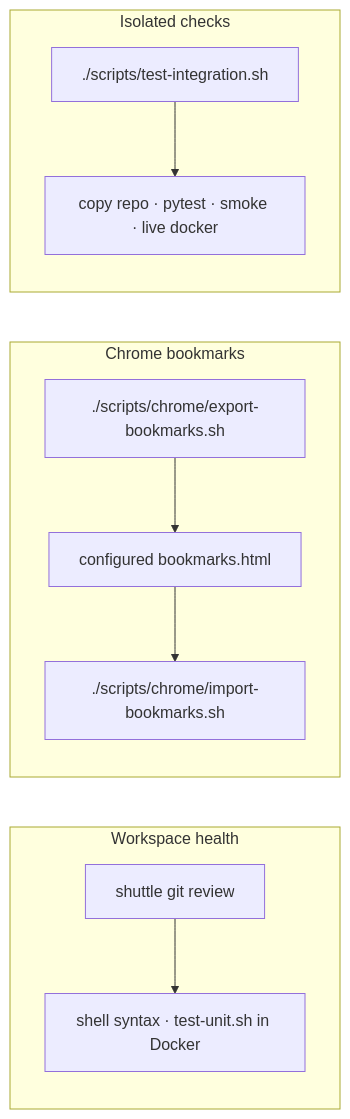
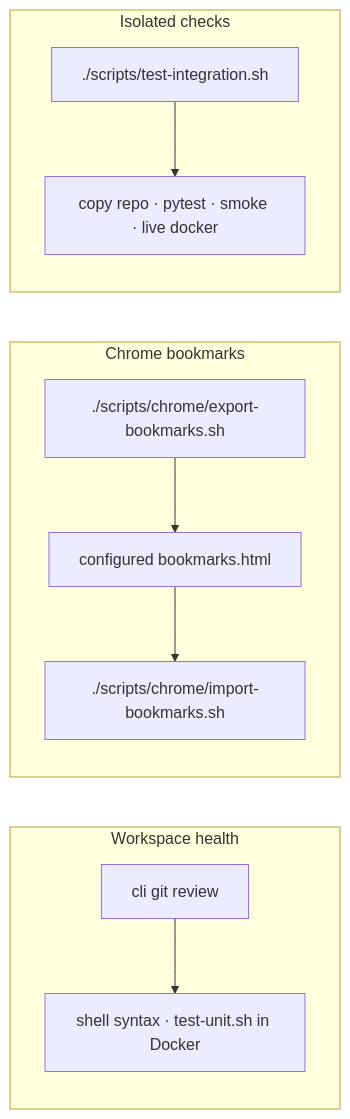
The sixth of 7 diagrams in docs/workflows.md (gardusig/cli), drawn with Mermaid before and after one commit. The commit also changed other lines of this file and 289 other files, not shown here.

First line of the commit message:
Rename shuttle to cli across package, docs, scripts, and tests.

````diff
--- a/docs/workflows.md
+++ b/docs/workflows.md
@@ -128,21 +128,21 @@
 ```mermaid
 flowchart LR
     subgraph review [Workspace health]
-        R1["shuttle git review"]
+        R1["cli git review"]
         R2["shell syntax · test-unit.sh in Docker"]
         R1 --> R2
     end
 
     subgraph bookmarks [Chrome bookmarks]
         B1["./scripts/chrome/export-bookmarks.sh"]
         B2["configured bookmarks.html"]
         B3["./scripts/chrome/import-bookmarks.sh"]
         B1 --> B2 --> B3
     end
 
     subgraph docker [Isolated checks]
         D1["./scripts/test-integration.sh"]
         D2["copy repo · pytest · smoke · live docker"]
         D1 --> D2
     end
 ```
````
